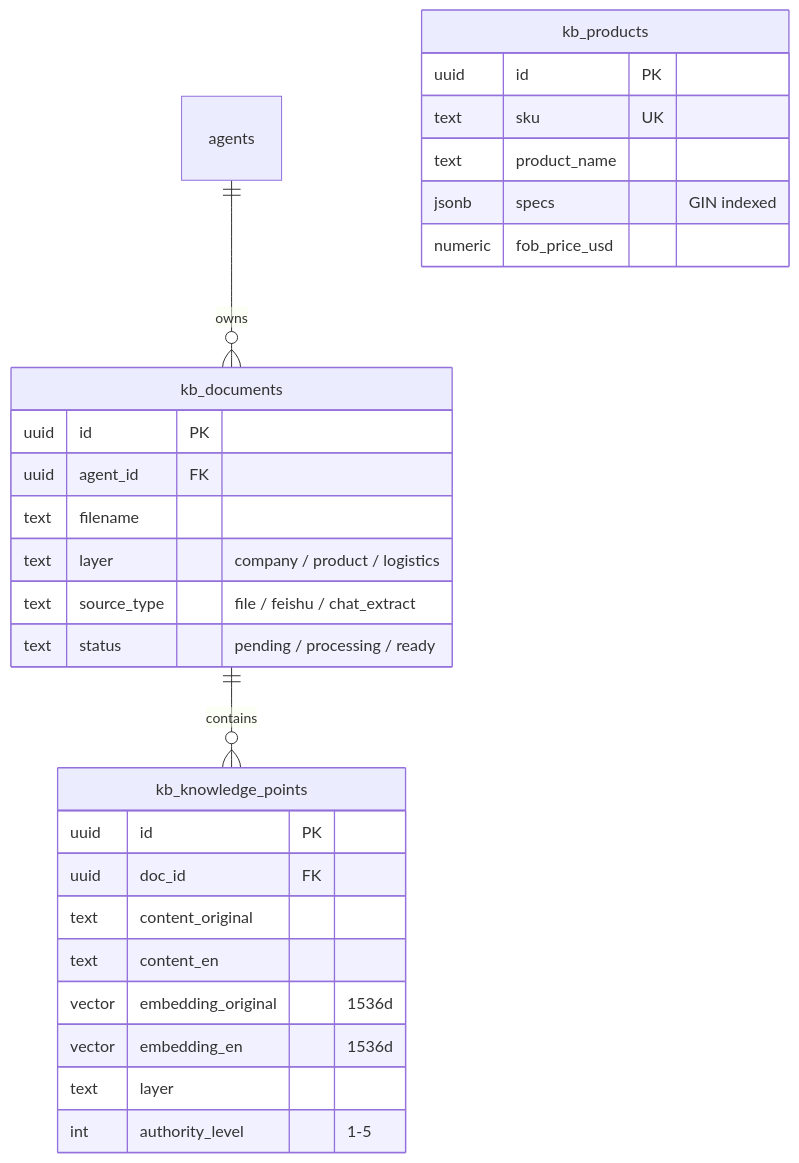
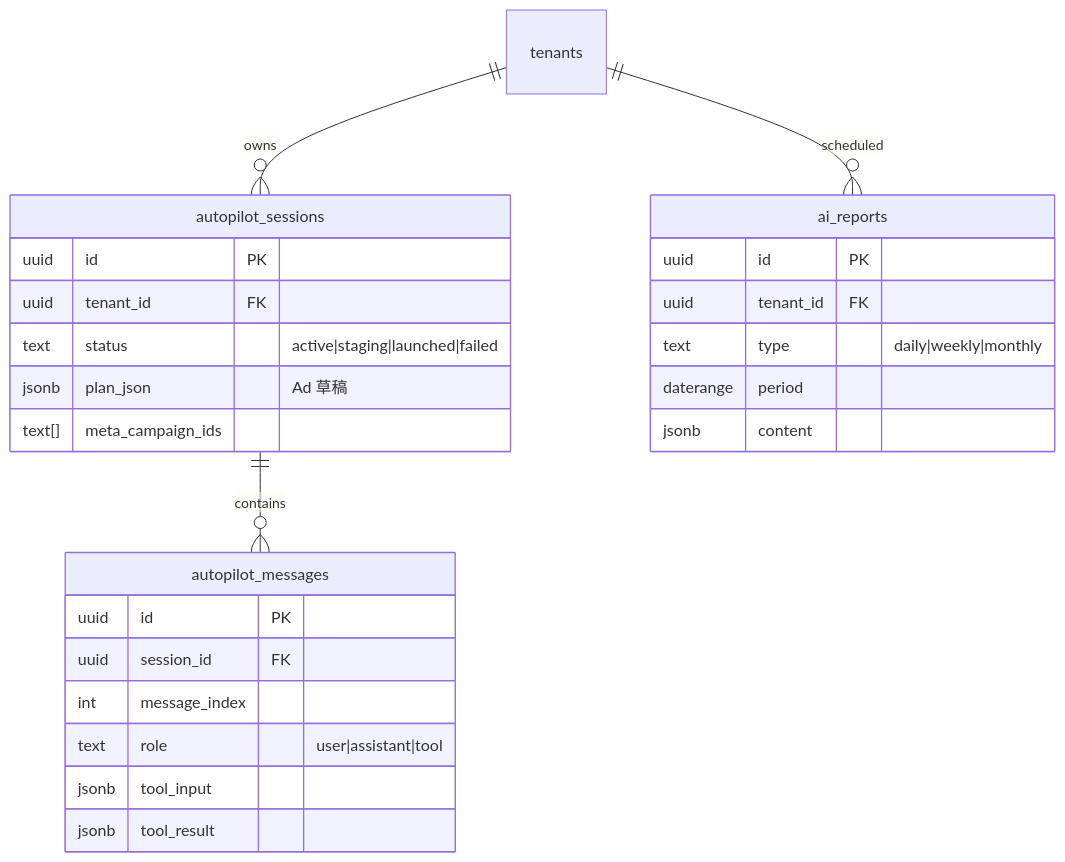
The fifth of 8 diagrams in README.md (Sciiaok/xuqiu-bot), drawn with Mermaid before and after one commit. The commit also changed other lines of this file and 160 other files, not shown here.

First line of the commit message:
多租户改造 · Meta 接入 · Founder 体系 · KB schema 现代化 (#29)

````diff
--- a/README.md
+++ b/README.md
@@ -527,33 +364,29 @@
 ```mermaid
 erDiagram
-    kb_documents ||--o{ kb_knowledge_points : contains
-    agents ||--o{ kb_documents : owns
+  tenants ||--o{ autopilot_sessions : "owns"
+  autopilot_sessions ||--o{ autopilot_messages : "contains"
+  tenants ||--o{ ai_reports : "scheduled"
 
-    kb_documents {
-        uuid id PK
-        uuid agent_id FK
-        text filename
-        text layer "company / product / logistics"
-        text source_type "file / feishu / chat_extract"
-        text status "pending / processing / ready"
-    }
-
-    kb_knowledge_points {
-        uuid id PK
-        uuid doc_id FK
-        text content_original
-        text content_en
-        vector embedding_original "1536d"
-        vector embedding_en "1536d"
-        text layer
-        int authority_level "1-5"
-    }
-
-    kb_products {
-        uuid id PK
-        text sku UK
-        text product_name
-        jsonb specs "GIN indexed"
-        numeric fob_price_usd
-    }
+  autopilot_sessions {
+    uuid id PK
+    uuid tenant_id FK
+    text status "active|staging|launched|failed"
+    jsonb plan_json "Ad 草稿"
+    text[] meta_campaign_ids
+  }
+  autopilot_messages {
+    uuid id PK
+    uuid session_id FK
+    int message_index
+    text role "user|assistant|tool"
+    jsonb tool_input
+    jsonb tool_result
+  }
+  ai_reports {
+    uuid id PK
+    uuid tenant_id FK
+    text type "daily|weekly|monthly"
+    daterange period
+    jsonb content
+  }
 ```
````
